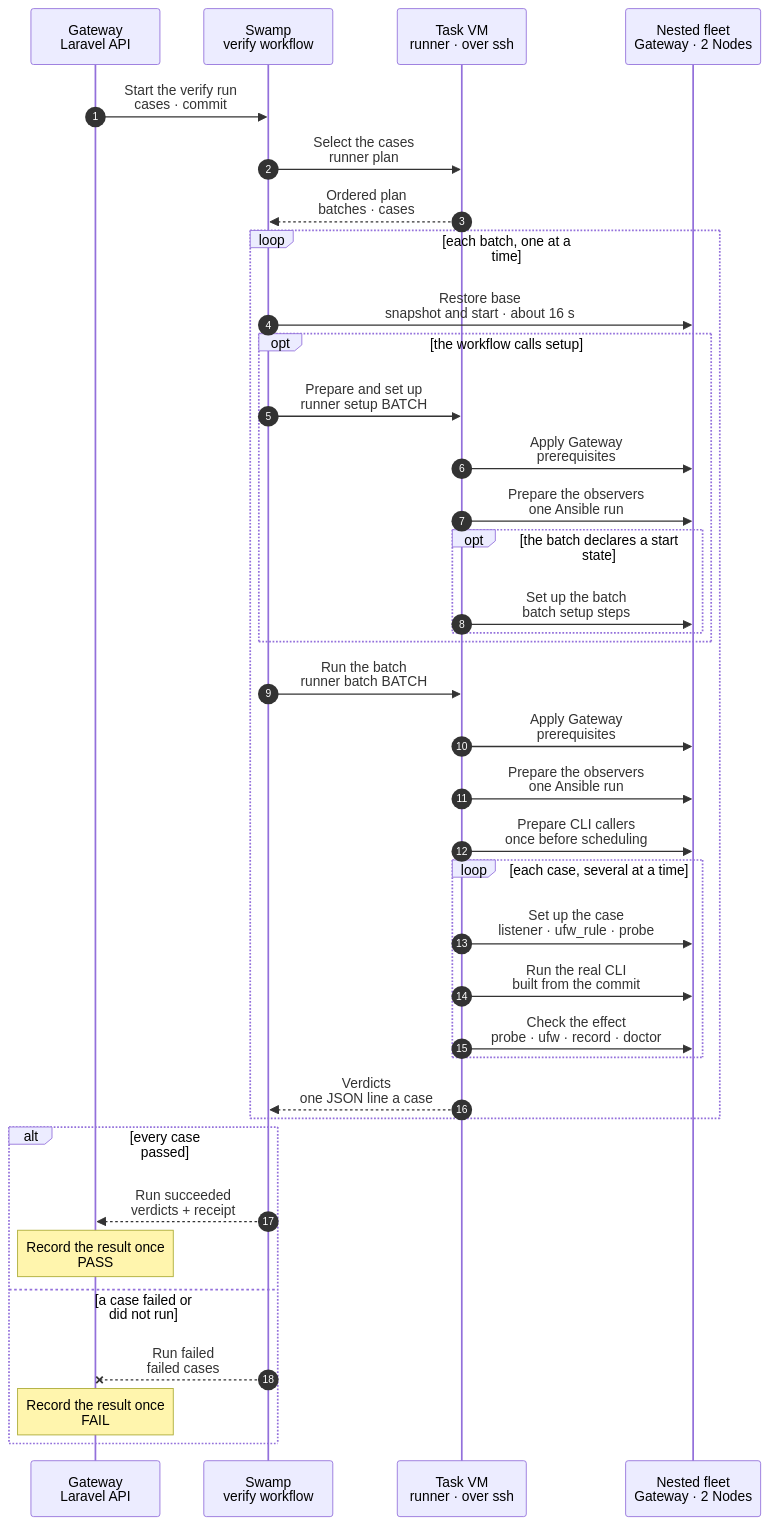
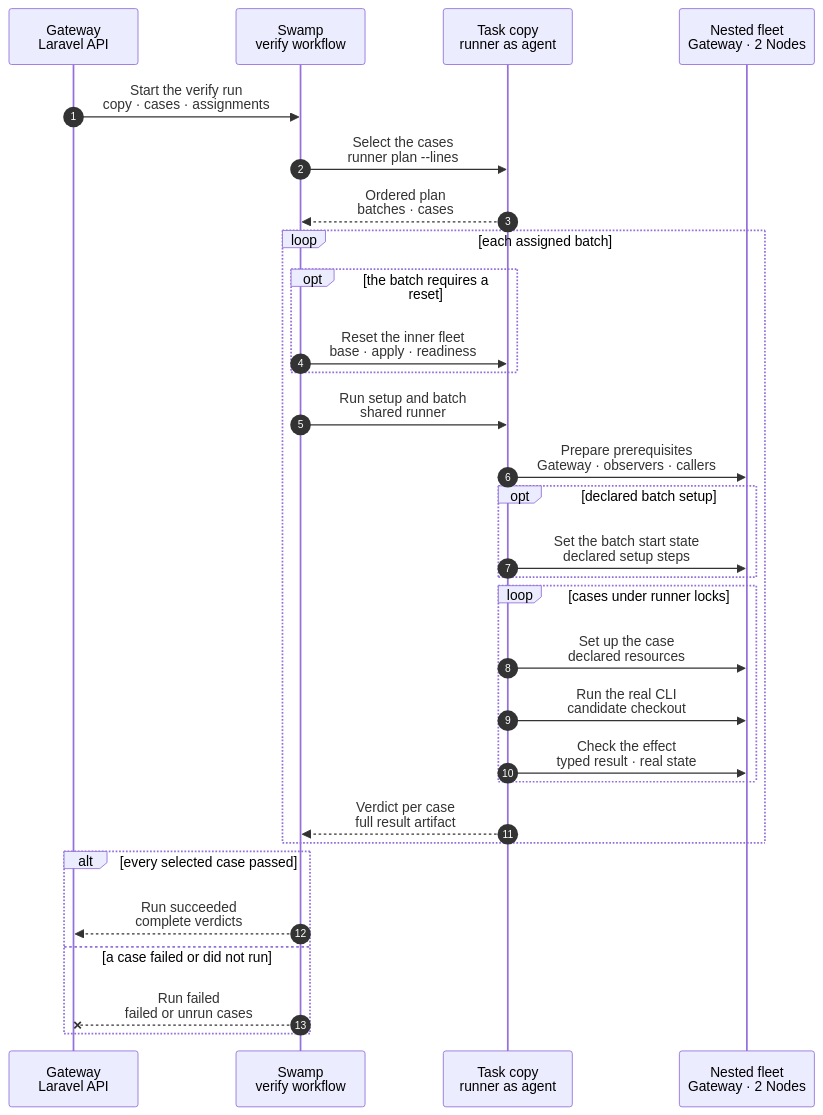
One commit to hardimpactdev/orbit changed the diagram in docs/reference/pipeline/3-proof-runner.mmd. Above: the diagram before and after it, drawn with Mermaid. The commit also changed 12 other files, not shown here.

First line of the commit message:
docs: align pipeline with proof before PRs

```diff
--- a/docs/reference/pipeline/3-proof-runner.mmd
+++ b/docs/reference/pipeline/3-proof-runner.mmd
@@ -1,87 +1,55 @@
 sequenceDiagram
-  %% Target design: the proof runner inside stage 3 of the command development pipeline (design: reference/verification-cases). One shared runner executes the cases of one command; each batch restores the task's base snapshot once, cases use their own resources and undo nothing, the cases of a batch run in one step, several at a time with readers sharing each Node; a case is a specification built from a fixed set of steps. Orbit's own Swamp runs the runner over SSH in the task VM, as part of the "Run the proof" child of proof:run. The Gateway only admits the request and records the verdicts.
+  %% Current runner flow inside stage 3. Swamp reaches the task copy through its Node and runs as agent in the copy. One shared runner checks the real CLI and effects on the nested fleet. The verification-cases reference owns scheduling and case syntax; proof and proof:run own reset and cleanup policy.
   %% status: draft
   %% command: development pipeline stage 3 · proof runner
   %% kind: pipeline.3-proof-runner
   autonumber
   %% lane GW icon=gateway pill=intent tone=blue
   %% lane SW icon=workflow pill=executes tone=green
-  %% lane VM icon=server pill=target tone=purple
+  %% lane CP icon=server pill=target tone=purple
   %% lane NT icon=server pill=fleet tone=amber
   participant GW as Gateway<br/>Laravel API
   participant SW as Swamp<br/>verify workflow
-  participant VM as Task VM<br/>runner · over ssh
+  participant CP as Task copy<br/>runner as agent
   participant NT as Nested fleet<br/>Gateway · 2 Nodes
-  GW->>SW: Start the verify run<br/>cases · commit
-  %%> Inputs:
-  %%> - the commit and the one command whose cases run; in CI, `proof:run` proves each affected command separately
-  %%> Why:
-  %%> - the Gateway only authorizes; Swamp owns the run and its state
-  SW->>VM: Select the cases<br/>runner plan
+  GW->>SW: Start the verify run<br/>copy · cases · assignments
+  SW->>CP: Select the cases<br/>runner plan --lines
   %%> What it does:
-  %%> - reads the command's cases file at the tested commit
-  %%> - refuses a case with an unknown step, an unknown chart path or no batch
-  %%> - lists the chart paths, options and codes that no case covers
-  %%> - groups the cases by batch, in the order of `swamp/proof/batches.yaml`; inside a batch, in file order
-  %%> - `runner plan --lines` prints one line a batch, `BATCH SETUP CASE...`, which the workflow reads; the workflow `proof-fleet-verify` is built
-  VM-->>SW: Ordered plan<br/>batches · cases
-  loop each batch, one at a time
-    SW->>NT: Restore base<br/>snapshot and start · about 16 s
+  %%> - validates definitions and emits batches in declared order; a plan is not a runtime verdict
+  CP-->>SW: Ordered plan<br/>batches · cases
+  loop each assigned batch
+    opt the batch requires a reset
+      SW->>CP: Reset the inner fleet<br/>base · apply · readiness
+      %%> When:
+      %%> - orbit proof resets every batch; proof:run resets its first batch and each batch after one that can change the fleet
+      %%> On failure:
+      %%> - no cases start; missing cases are unrun with cause infrastructure
+    end
+    SW->>CP: Run setup and batch<br/>shared runner
+    CP->>NT: Prepare prerequisites<br/>Gateway · observers · callers
     %%> What it does:
-    %%> - restores the task's plain snapshot `base` of the three nested containers (a reboot); skipped when the fleet is still at `base`, as for the first batch
-    %%> - a restore that fails or is not healthy within 45 s stops the run; the cases that did not run become `unrun` with cause `infrastructure`
-    %%> - built, not yet passed live: the step is the workflow `proof-fleet-restore` (restore, start, cloud-init, systemd boot wait, apply the checkout, readiness), which `proof-fleet-verify-batch` calls; 0 of 2 runs succeeded by 2026-11-06; the old `runner restore` was removed
-    opt the workflow calls setup
-      SW->>VM: Prepare and set up<br/>runner setup BATCH
-      %%> New workflows always call setup. Older released workflows may skip it for a batch without setup steps.
-      VM->>NT: Apply Gateway<br/>prerequisites
-      VM->>NT: Prepare the observers<br/>one Ansible run
-      %%> Installs the candidate pin using Node convergence's checksum-verified atomic replacement task. Stops all observers, discards old host receipts, starts the observers and waits for the Gateway to record each expected version plus a new host fact. No new base snapshot.
-      %%> Preparation has its own 330-second bound. Setup gets a separate 120 seconds within the 480-second transport limit.
-      opt the batch declares a start state
-        VM->>NT: Set up the batch<br/>batch setup steps
-      end
+    %%> - uses the candidate's pinned Ansible collections and scoped grants; records the tested revision and prepares the proof-only static CLI catalog
+    %%> - prepares observer versions and fresh reports, then caller checkout mounts, home, CA and profile before scheduling cases
+    %%> - batch and direct case calls require preparation even if setup already ran; failure starts no case
+    opt declared batch setup
+      CP->>NT: Set the batch start state<br/>declared setup steps
     end
-    SW->>VM: Run the batch<br/>runner batch BATCH
-    %%> What it does:
-    %%> - one Swamp step runs every case of the batch; the runner reads the fleet once
-    %%> - the cases run several at a time (the `parallel` key of the cases file, 4 by default), on the Nodes of the cases file's `spread`
-    %%> - cases that change nothing are readers: several may read one Node together; a writer, including a fault or a held lock, is the only case on its Node until it ends
-    %%> - resolve every CLI call's write kind and target before granting locks; a cross-Node or unresolved target, or a command without a known write scope, runs alone with an unfiltered Operation audit
-    %%> - `request: none` audits the actual CLI call; `operations` compares every CLI step's scope, with filters before selecting the newest page and newest IDs detecting added Operations
-    %%> - cases that change the shared fleet (`agent_report`, `node_down`, `node_access_remove`, `ipv6_addresses`, `node_fixture`, `recorded_request`), read every Node, work on another Node or set `exclusive: true` run alone, after the others
-    %%> - no restore after a failed case: cases use their own resources, undo nothing, and the next batch restores anyway
+    loop cases under runner locks
+      CP->>NT: Set up the case<br/>declared resources
+      %%> What it does:
+      %%> - readers may share a Node; a writer holds its target through the case; shared-fleet and unresolved write scopes run alone
+      %%> - cases use their own resources and undo nothing; no reset follows a failed case within a batch
+      CP->>NT: Run the real CLI<br/>candidate checkout
+      CP->>NT: Check the effect<br/>typed result · real state
+      %%> Result:
+      %%> - assertions check the case's observable outcome, not just exit zero or an Operation status
+    end
+    CP-->>SW: Verdict per case<br/>full result artifact
     %%> Result:
-    %%> - one verdict line a case, those that did not pass first; the full receipt of each stays in the evidence directory
-    VM->>NT: Apply Gateway<br/>prerequisites
-    VM->>NT: Prepare the observers<br/>one Ansible run
-    %%> The batch always prepares independently, even if setup succeeded or an older workflow skipped setup. A preparation failure prints infrastructure failures and starts no case. Direct runner case calls require the same preparation.
-    VM->>NT: Prepare CLI callers<br/>once before scheduling
-    %%> Mounts the checkout and prepares the CLI home, CA and profile on each Node required by cli.as. No caller preparation writes occur during cases. Direct runner case calls prepare their caller too. A preparation failure starts no case.
-    loop each case, several at a time
-      VM->>NT: Set up the case<br/>listener · ufw_rule · probe
-      %%> What it does:
-      %%> - builds the starting state, then probes it, for example a blocked port and a working control port
-      %%> - a bound firewall anchor matches the current case's tuple and comment for the same protocol, so a repeated comment from an earlier case or another protocol cannot select its rule
-      %%> When:
-      %%> - a failed setup step ends the case as `unrun`; it is not a pass
-      VM->>NT: Run the real CLI<br/>built from the commit
-      %%> What it does:
-      %%> - the `act` steps call the command through its real interface and check exit status, result code and skip reason
-      VM->>NT: Check the effect<br/>probe · ufw · record · doctor
-      %%> What it does:
-      %%> - the `expect` steps check traffic, rule order, the Gateway record and Doctor
-      %%> - every step runs, so one verdict lists all failures
-    end
-    VM-->>SW: Verdicts<br/>one JSON line a case
-    %%> Returns:
-    %%> - the case id, `passed`, `failed` (cause `assertion` or `infrastructure`) or `unrun` (cause `precondition`), the failed checks and the seconds
-    %%> - keeps every verdict line in the full result artifact, with those that did not pass first; the separate 4 KiB history tail is not the report
+    %%> - passed, failed or unrun, with cause, checks and timing; the 4 KiB history tail is not the report
   end
-  alt every case passed
-    SW-->>GW: Run succeeded<br/>verdicts + receipt
-    Note over GW: Record the result once<br/>PASS
+  alt every selected case passed
+    SW-->>GW: Run succeeded<br/>complete verdicts
   else a case failed or did not run
-    SW--xGW: Run failed<br/>failed cases
-    Note over GW: Record the result once<br/>FAIL
+    SW--xGW: Run failed<br/>failed or unrun cases
   end
```
